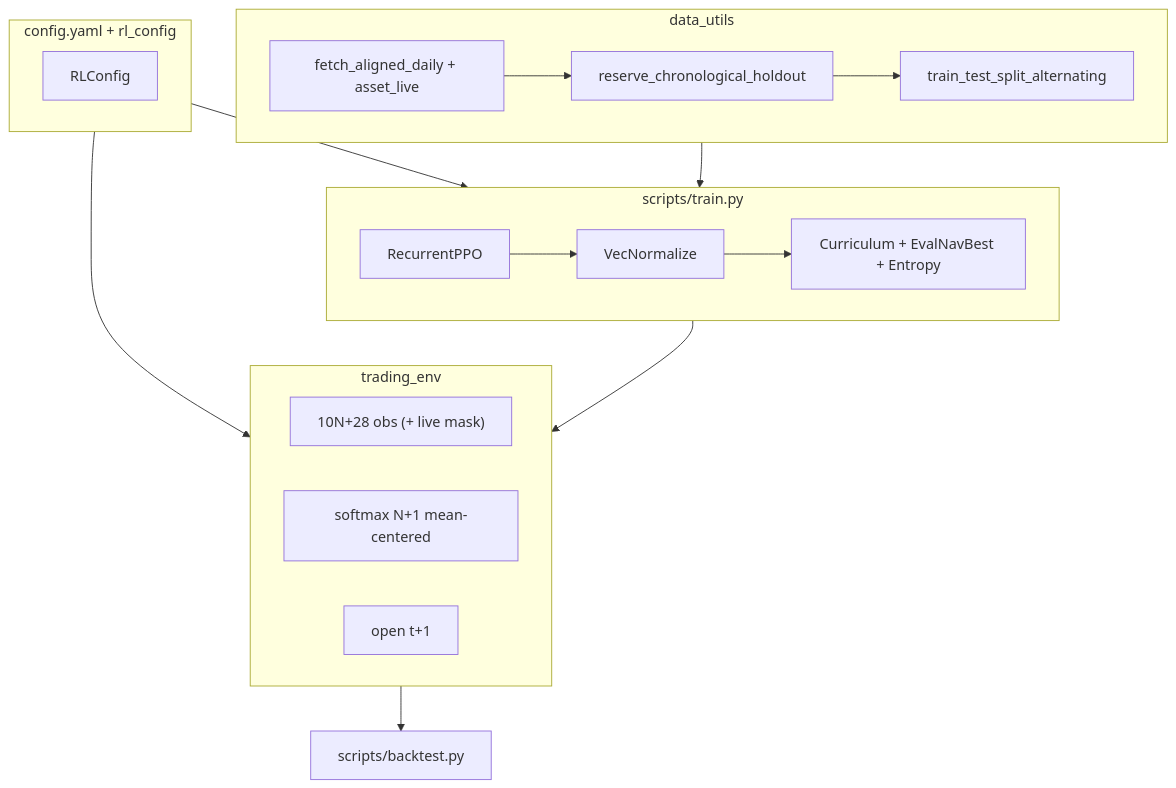
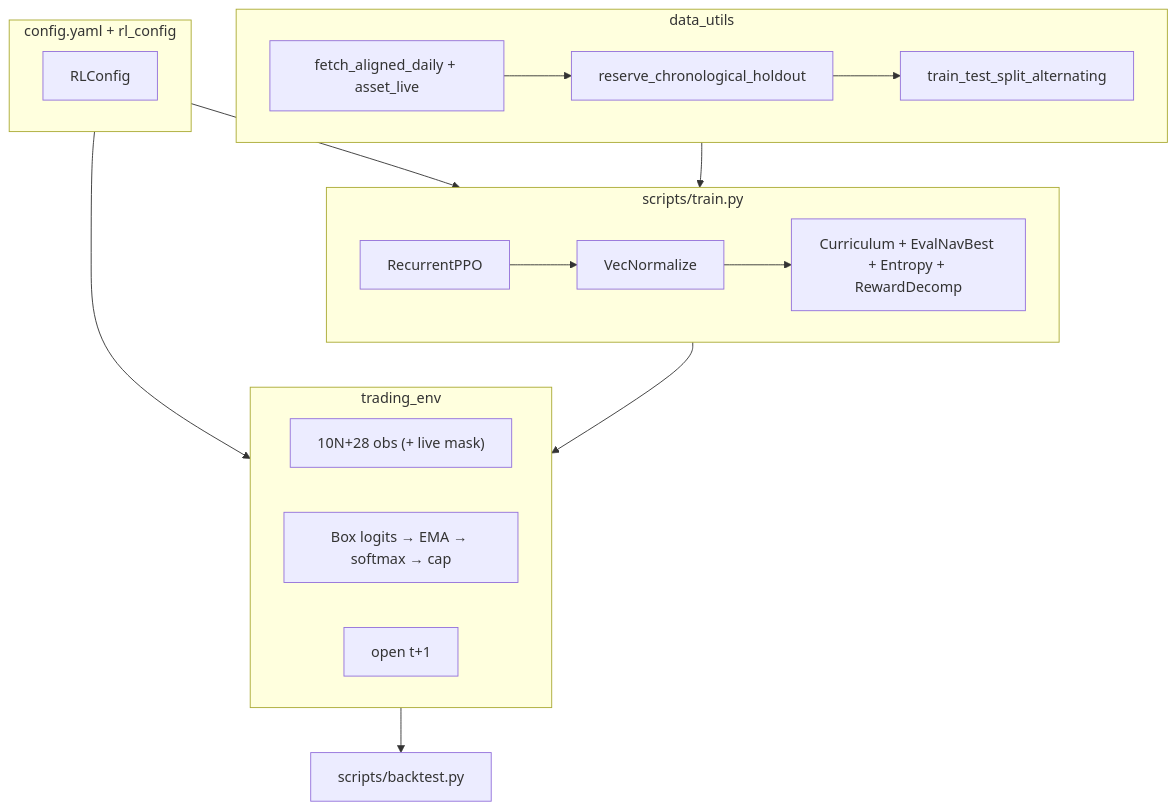
The diagram in README.md (Maxwell553/RLBot), drawn with Mermaid before and after one commit. The commit also changed other lines of this file and 14 other files, not shown here.

````diff
--- a/README.md
+++ b/README.md
@@ -72,28 +77,28 @@
 ```mermaid
 flowchart TB
   subgraph cfg [config.yaml + rl_config]
     YAML[RLConfig]
   end
   subgraph data [data_utils]
     FETCH[fetch_aligned_daily + asset_live]
     HOLD[reserve_chronological_holdout]
     SPLIT[train_test_split_alternating]
     FETCH --> HOLD --> SPLIT
   end
   subgraph train [scripts/train.py]
     PPO[RecurrentPPO]
     VN[VecNormalize]
-    CB[Curriculum + EvalNavBest + Entropy]
+    CB[Curriculum + EvalNavBest + Entropy + RewardDecomp]
     PPO --> VN --> CB
   end
   subgraph env [trading_env]
     OBS["10N+28 obs (+ live mask)"]
-    ACT[softmax N+1 mean-centered]
+    ACT["Box logits → EMA → softmax → cap"]
     EXEC[open t+1]
   end
   cfg --> train
   cfg --> env
   data --> train
   train --> env
   env --> BT[scripts/backtest.py]
 ```
````
